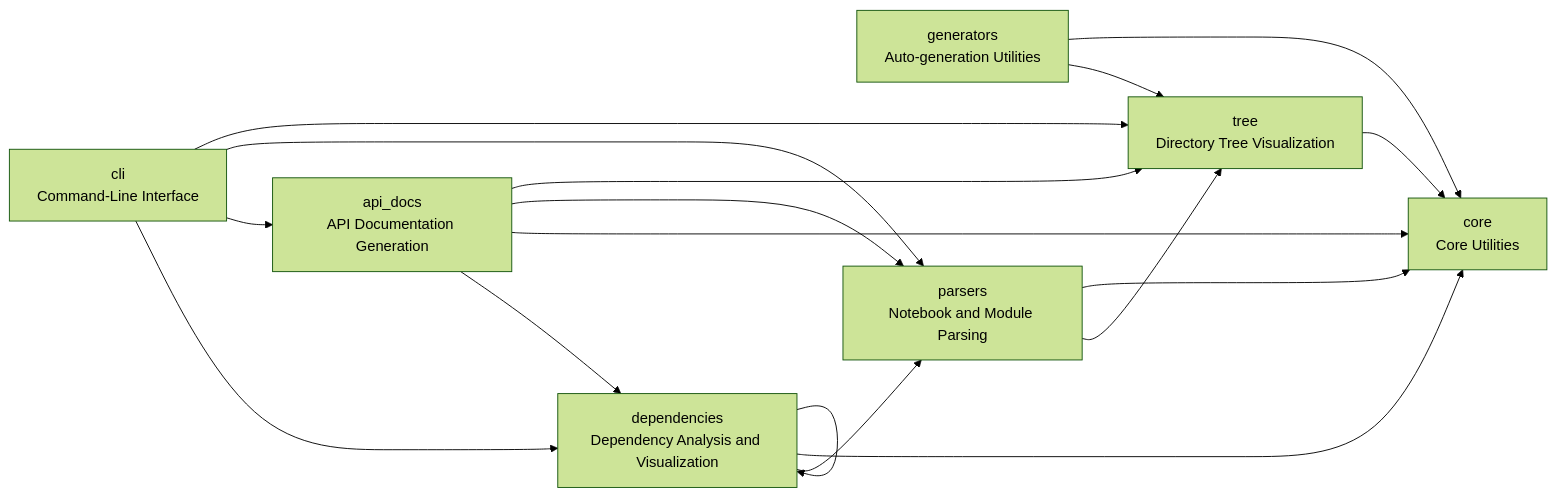
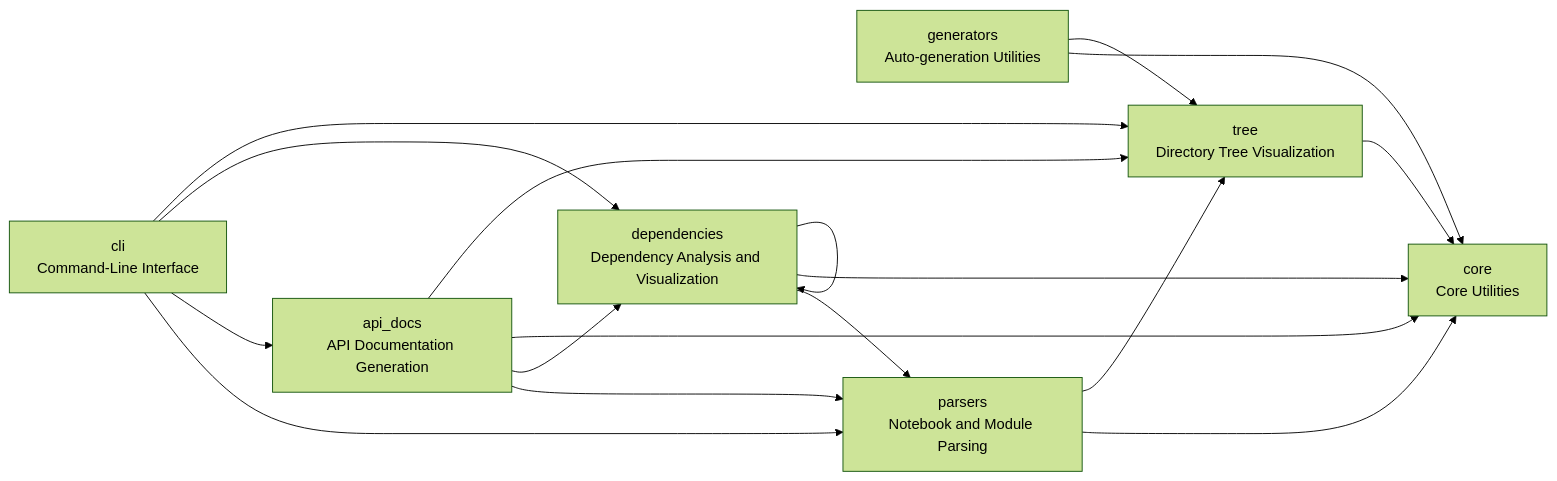
Before and after one commit to cj-mills/cjm-nbdev-overview: the diagram in README.md, drawn with Mermaid (forest theme). The commit also changed other lines of this file and 2 other files, not shown here.

````diff
--- a/README.md
+++ b/README.md
@@ -50,27 +50,27 @@
 ``` mermaid
 graph LR
     api_docs["api_docs<br/>API Documentation Generation"]
     cli["cli<br/>Command-Line Interface"]
     core["core<br/>Core Utilities"]
     dependencies["dependencies<br/>Dependency Analysis and Visualization"]
     generators["generators<br/>Auto-generation Utilities"]
     parsers["parsers<br/>Notebook and Module Parsing"]
     tree["tree<br/>Directory Tree Visualization"]
 
+    api_docs --> parsers
     api_docs --> dependencies
     api_docs --> core
-    api_docs --> parsers
     api_docs --> tree
+    cli --> parsers
+    cli --> api_docs
     cli --> dependencies
-    cli --> api_docs
-    cli --> parsers
     cli --> tree
     dependencies --> parsers
     dependencies --> core
     dependencies --> dependencies
+    generators --> core
     generators --> tree
-    generators --> core
+    parsers --> core
     parsers --> tree
-    parsers --> core
     tree --> core
 ```
````
